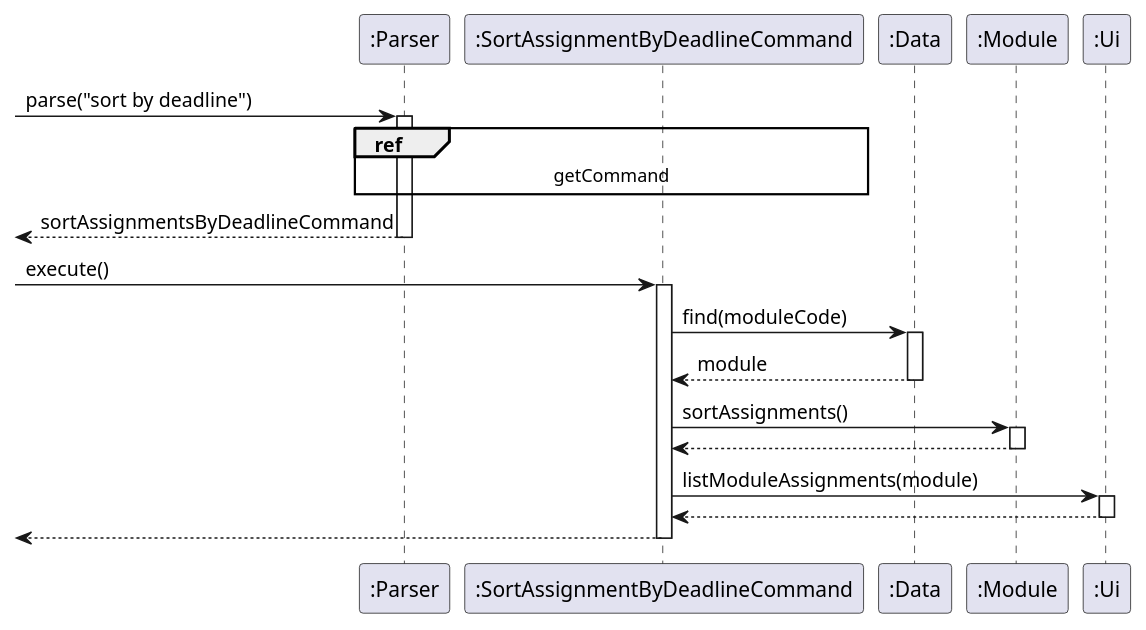
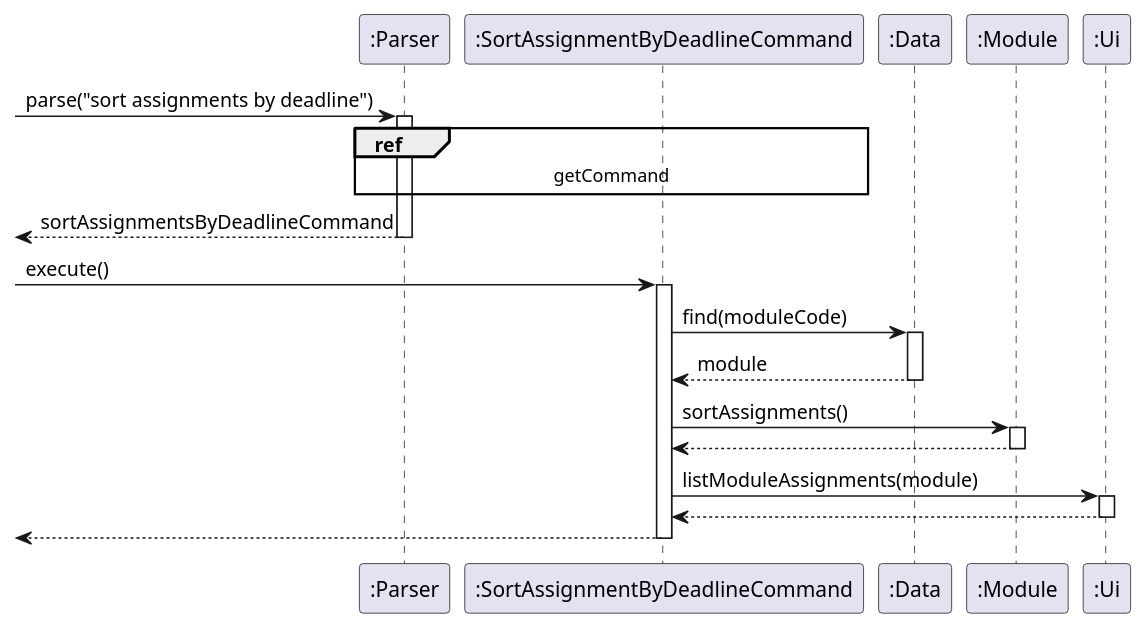
The diagram in docs/uml/SortAssignmentByDeadlineCommand.puml (vaiish371/tp), drawn with PlantUML before and after one commit. The commit also changed 12 other files, not shown here.

```diff
--- a/docs/uml/SortAssignmentByDeadlineCommand.puml
+++ b/docs/uml/SortAssignmentByDeadlineCommand.puml
@@ -1,42 +1,42 @@
 @startuml
 
 participant ":Parser" as Parser
 participant ":SortAssignmentByDeadlineCommand" as Command
 participant ":Data" as Data
 participant ":Module" as Module
 participant ":Ui" as Ui
 
 
-[-> Parser : parse("sort by deadline")
+[-> Parser : parse("sort assignments by deadline")
 activate Parser
 
 ref over Parser, Command : getCommand
 
 [<-- Parser : sortAssignmentsByDeadlineCommand
 deactivate Parser
 
 [->Command : execute()
 activate Command
 
 Command -> Data : find(moduleCode)
 activate Data
 
 Data --> Command : module
 deactivate Data
 
 Command -> Module : sortAssignments()
 activate Module
 
 Module --> Command
 deactivate Module
 
 Command -> Ui : listModuleAssignments(module)
 activate Ui
 
 Ui --> Command
 deactivate Ui
 
 [<-- Command
 deactivate Command
 
 @enduml
```
